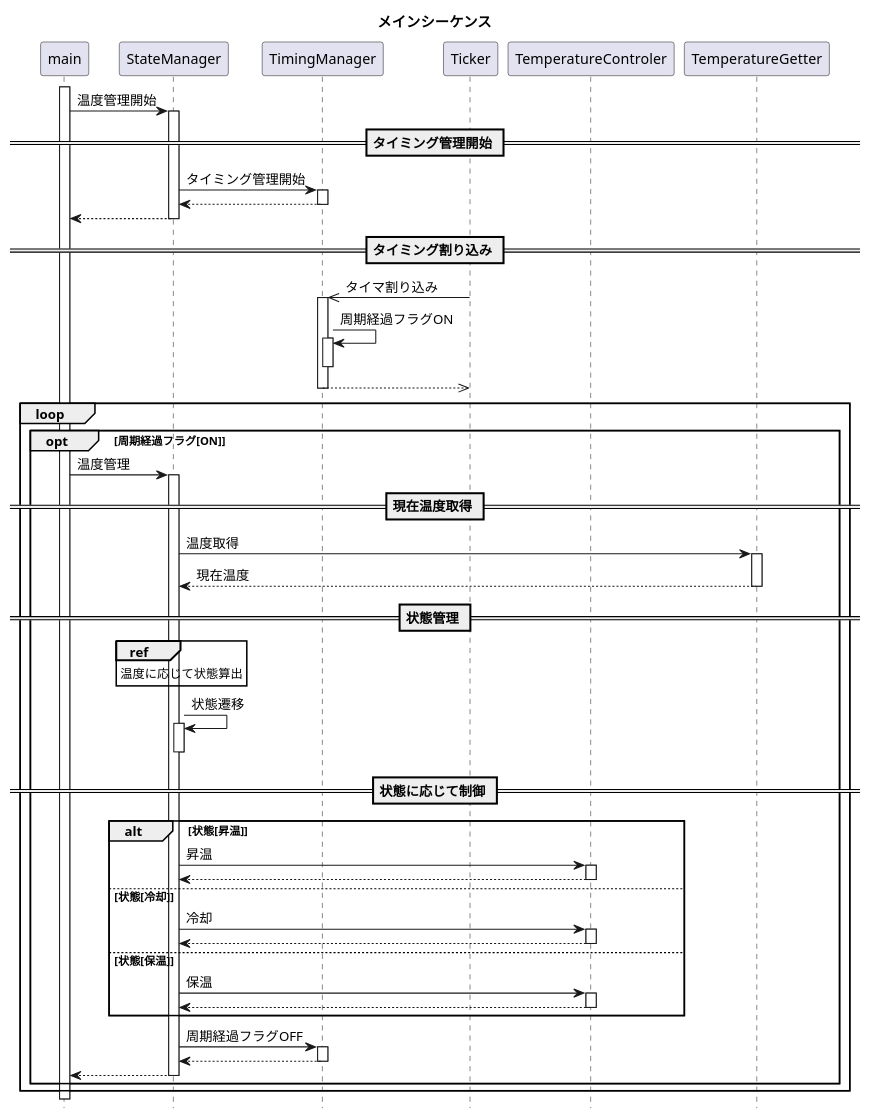
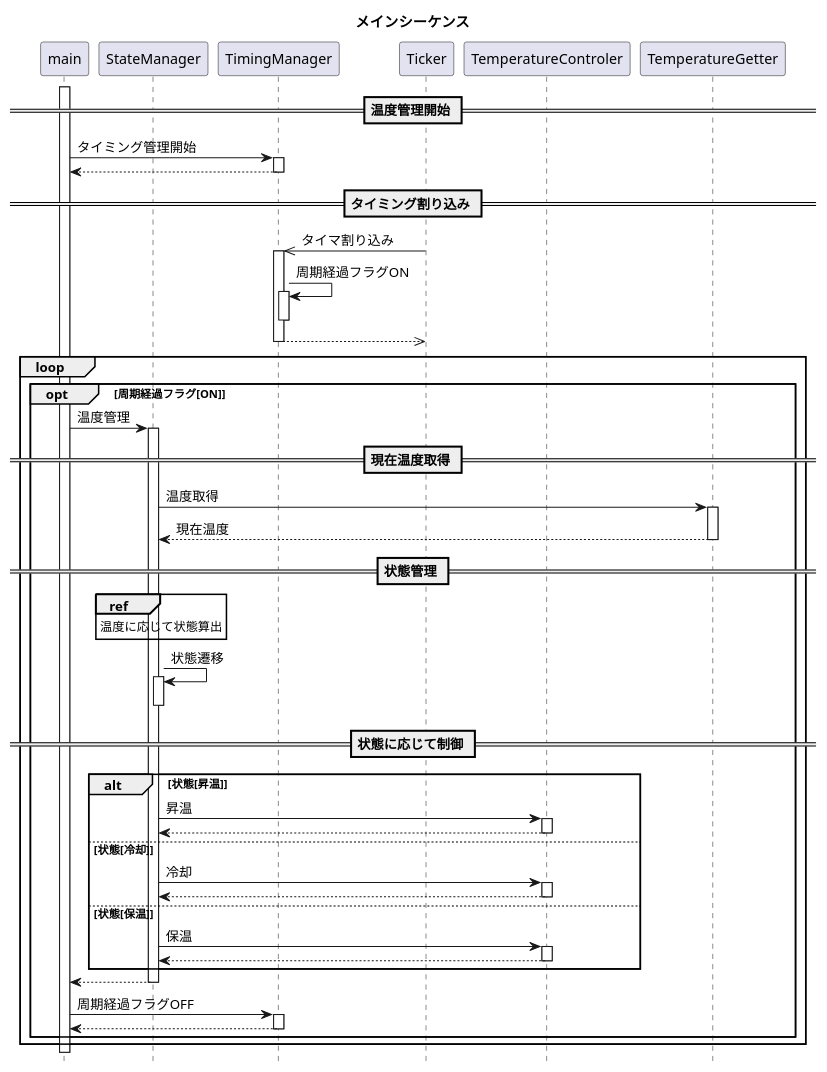
The diagram in UML/sequence/mainsequence.plantuml (goheisystem/softwareDocuments), drawn with PlantUML before and after one commit. The commit also changed 2 other files, not shown here.

```diff
--- a/UML/sequence/mainsequence.plantuml
+++ b/UML/sequence/mainsequence.plantuml
@@ -1,81 +1,79 @@
 @startuml
 
 hide footbox
 
 title メインシーケンス
 
 
 participant "main" as FuncMain
 participant "StateManager" as ClassStateManager
 participant "TimingManager" as ClassTimingManager
 participant "Ticker" as ClassTicker
 participant "TemperatureControler" as ClassTemperatureControler
 participant "TemperatureGetter" as ClassTemperatureGetter
 
 activate FuncMain
 
-FuncMain -> ClassStateManager : 温度管理開始
-  activate ClassStateManager
+== 温度管理開始 ==
 
-== タイミング管理開始 ==
-ClassStateManager -> ClassTimingManager : タイミング管理開始
+FuncMain -> ClassTimingManager : タイミング管理開始
   activate ClassTimingManager
-ClassStateManager <-- ClassTimingManager
+FuncMain <-- ClassTimingManager
   deactivate ClassTimingManager
 
-FuncMain <-- ClassStateManager
-  deactivate ClassStateManager
 
 == タイミング割り込み ==
 ClassTimingManager <<- ClassTicker : タイマ割り込み
   activate ClassTimingManager
 ClassTimingManager -> ClassTimingManager : 周期経過フラグON
   activate ClassTimingManager
   deactivate ClassTimingManager
 ClassTimingManager -->> ClassTicker
   deactivate ClassTimingManager
 
 loop
   opt 周期経過フラグ[ON]
   FuncMain -> ClassStateManager : 温度管理
     activate ClassStateManager
     == 現在温度取得 ==
     ClassStateManager -> ClassTemperatureGetter : 温度取得
       activate ClassTemperatureGetter
     ClassStateManager <-- ClassTemperatureGetter : 現在温度
       deactivate ClassTemperatureGetter
 
     == 状態管理 ==
     ref over ClassStateManager : 温度に応じて状態算出
 
     ClassStateManager -> ClassStateManager : 状態遷移
       activate ClassStateManager
       deactivate ClassStateManager
 
     == 状態に応じて制御 ==
     alt 状態[昇温]
       ClassStateManager -> ClassTemperatureControler : 昇温
         activate ClassTemperatureControler
       ClassStateManager <-- ClassTemperatureControler
         deactivate ClassTemperatureControler
     else 状態[冷却]
       ClassStateManager -> ClassTemperatureControler : 冷却
         activate ClassTemperatureControler
       ClassStateManager <-- ClassTemperatureControler
         deactivate ClassTemperatureControler
     else 状態[保温]
       ClassStateManager -> ClassTemperatureControler : 保温
         activate ClassTemperatureControler
       ClassStateManager <-- ClassTemperatureControler
         deactivate ClassTemperatureControler
     end
-    ClassStateManager -> ClassTimingManager :  周期経過フラグOFF
-      activate ClassTimingManager
-    ClassStateManager <-- ClassTimingManager
-      deactivate ClassTimingManager
+
 
     FuncMain <-- ClassStateManager
       deactivate ClassStateManager
+
+    FuncMain -> ClassTimingManager :  周期経過フラグOFF
+      activate ClassTimingManager
+    FuncMain <-- ClassTimingManager
+      deactivate ClassTimingManager
   end
 end
 @enduml
```
